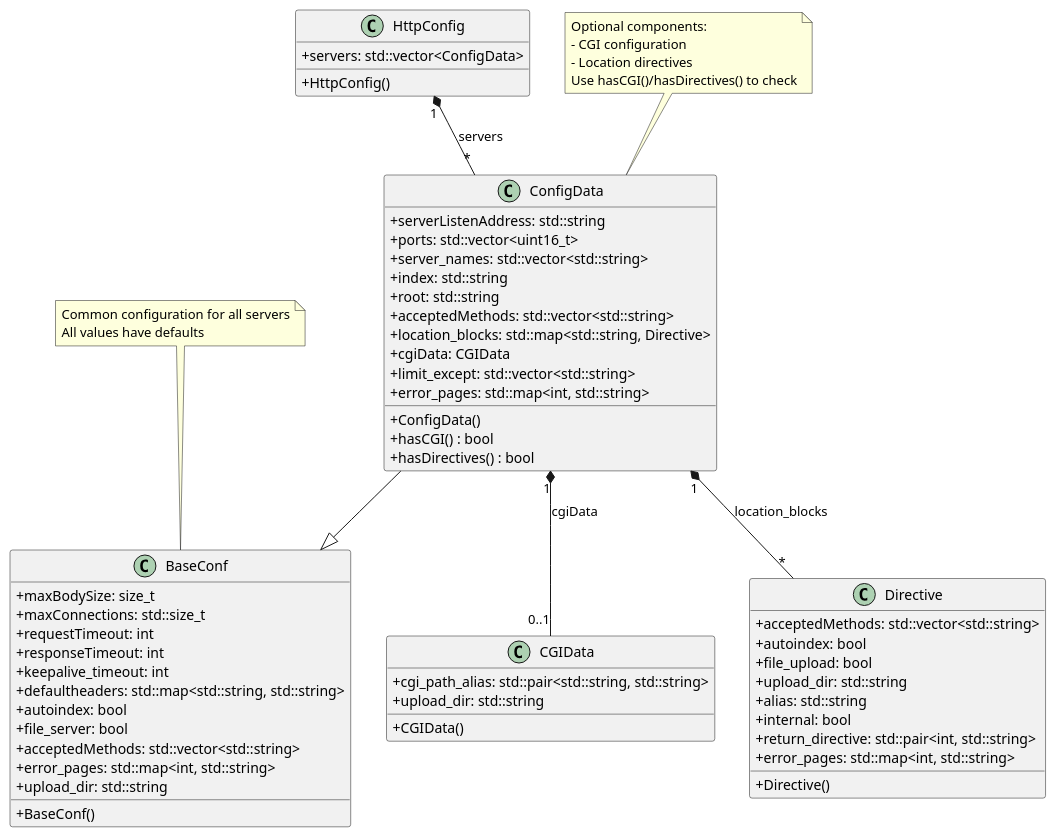
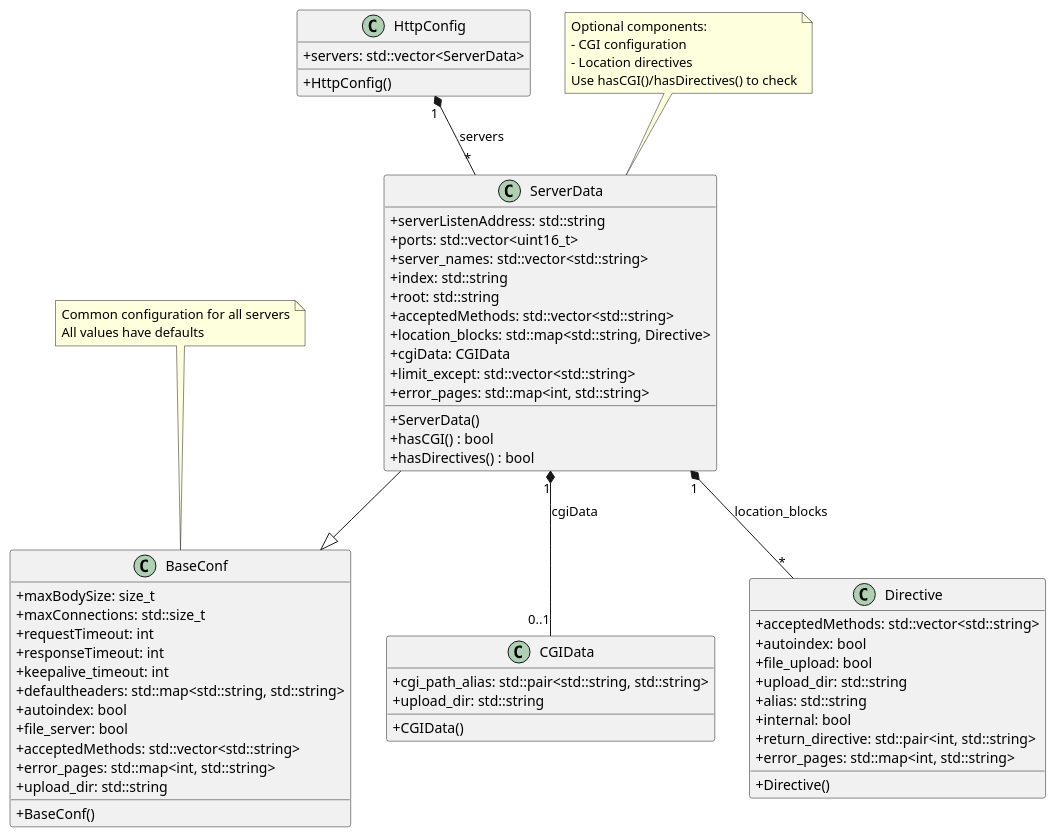
One commit to multitudes/httpwebserver changed the first of 2 diagrams in docs/plantUMLCode.md. Above: the diagram before and after it, drawn with PlantUML. The commit also changed 17 other files, not shown here.

````diff
--- a/docs/plantUMLCode.md
+++ b/docs/plantUMLCode.md
@@ -1,77 +1,77 @@
 ```plantuml
 @startuml
 skinparam classAttributeIconSize 0
 
 class CGIData {
   + cgi_path_alias: std::pair<std::string, std::string>
   + upload_dir: std::string
   + CGIData()
 }
 
 class Directive {
   + acceptedMethods: std::vector<std::string>
   + autoindex: bool
   + file_upload: bool
   + upload_dir: std::string
   + alias: std::string
   + internal: bool
   + return_directive: std::pair<int, std::string>
   + error_pages: std::map<int, std::string>
   + Directive()
 }
 
 class BaseConf {
   + maxBodySize: size_t
   + maxConnections: std::size_t
   + requestTimeout: int
   + responseTimeout: int
   + keepalive_timeout: int
   + defaultheaders: std::map<std::string, std::string>
   + autoindex: bool
   + file_server: bool
   + acceptedMethods: std::vector<std::string>
   + error_pages: std::map<int, std::string>
   + upload_dir: std::string
   + BaseConf()
 }
 
-class ConfigData {
+class ServerData {
   + serverListenAddress: std::string
   + ports: std::vector<uint16_t>
   + server_names: std::vector<std::string>
   + index: std::string
   + root: std::string
   + acceptedMethods: std::vector<std::string>
   + location_blocks: std::map<std::string, Directive>
   + cgiData: CGIData
   + limit_except: std::vector<std::string>
   + error_pages: std::map<int, std::string>
-  + ConfigData()
+  + ServerData()
   + hasCGI() : bool
   + hasDirectives() : bool
 }
 
 class HttpConfig {
-  + servers: std::vector<ConfigData>
+  + servers: std::vector<ServerData>
   + HttpConfig()
 }
 
-ConfigData --|> BaseConf
-HttpConfig "1" *-- "*" ConfigData : servers
-ConfigData "1" *-- "0..1" CGIData : cgiData
-ConfigData "1" *-- "*" Directive : location_blocks
+ServerData --|> BaseConf
+HttpConfig "1" *-- "*" ServerData : servers
+ServerData "1" *-- "0..1" CGIData : cgiData
+ServerData "1" *-- "*" Directive : location_blocks
 
 note top of BaseConf
   Common configuration for all servers
   All values have defaults
 end note
 
-note top of ConfigData
+note top of ServerData
   Optional components:
   - CGI configuration
   - Location directives
   Use hasCGI()/hasDirectives() to check
 end note
 @enduml
 
 ```
````
